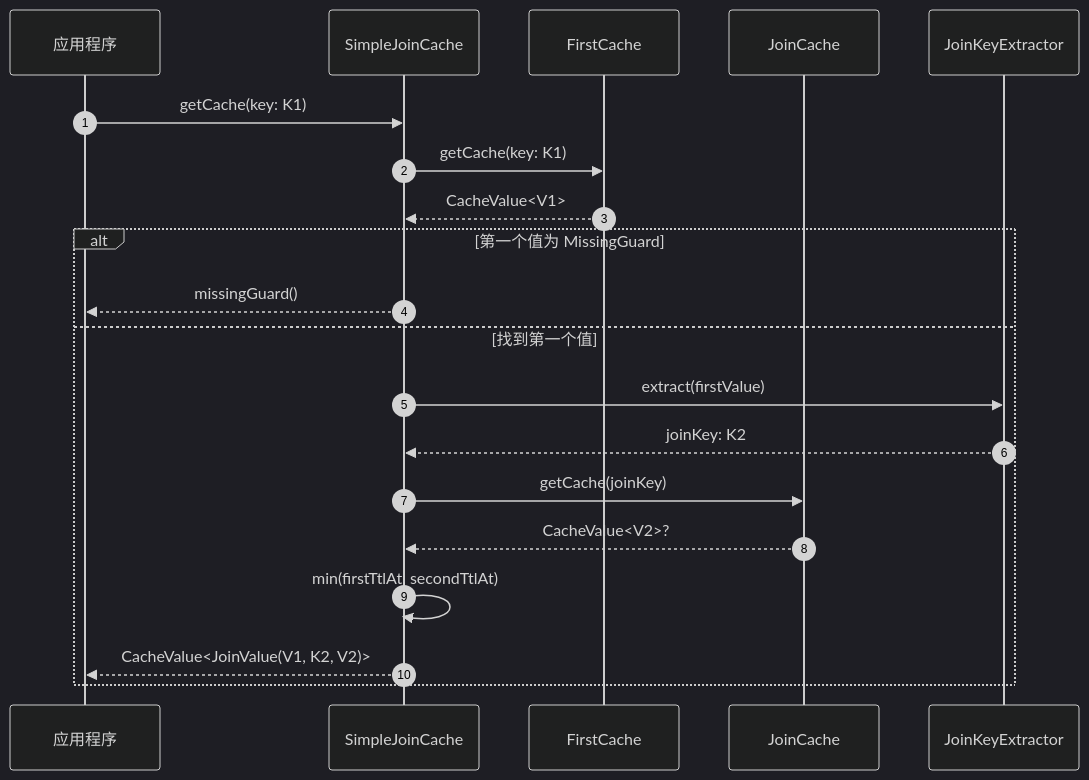
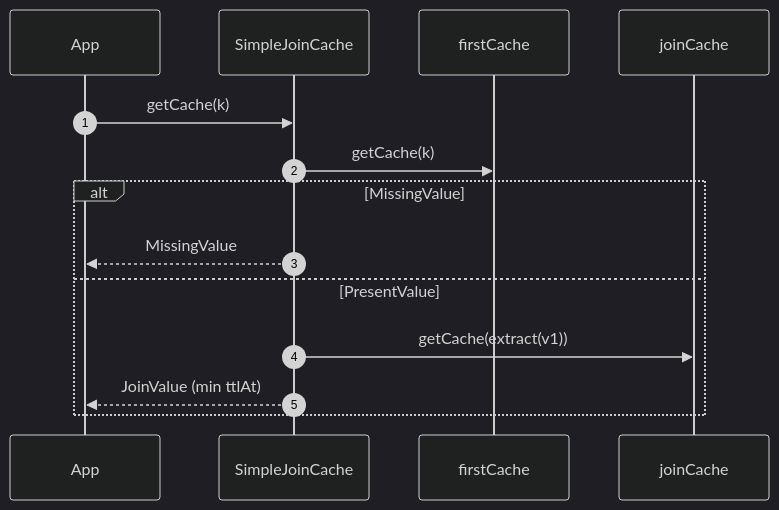
Before and after one commit to Ahoo-Wang/CoCache: the third of 3 diagrams in wiki/zh/modules/cocache-core.md, drawn with Mermaid (dark theme). The commit also changed other lines of this file and 256 other files, not shown here.

````diff
--- a/wiki/zh/modules/cocache-core.md
+++ b/wiki/zh/modules/cocache-core.md
@@ -351,24 +105,16 @@
 ```mermaid
 sequenceDiagram
 autonumber
-    participant App as 应用程序
+    participant App
     participant SJC as SimpleJoinCache
-    participant FC as FirstCache
-    participant JC as JoinCache
-    participant JKE as JoinKeyExtractor
-
-    App->>SJC: getCache(key: K1)
-    SJC->>FC: getCache(key: K1)
-    FC-->>SJC: CacheValue<V1>
-
-    alt 第一个值为 MissingGuard
-        SJC-->>App: missingGuard()
-    else 找到第一个值
-        SJC->>JKE: extract(firstValue)
-        JKE-->>SJC: joinKey: K2
-        SJC->>JC: getCache(joinKey)
-        JC-->>SJC: CacheValue<V2>?
-        SJC->>SJC: min(firstTtlAt, secondTtlAt)
-        SJC-->>App: CacheValue<JoinValue(V1, K2, V2)>
+    participant F as firstCache
+    participant J as joinCache
+    App->>SJC: getCache(k)
+    SJC->>F: getCache(k)
+    alt MissingValue
+        SJC-->>App: MissingValue
+    else PresentValue
+        SJC->>J: getCache(extract(v1))
+        SJC-->>App: JoinValue (min ttlAt)
     end
 ```
````
